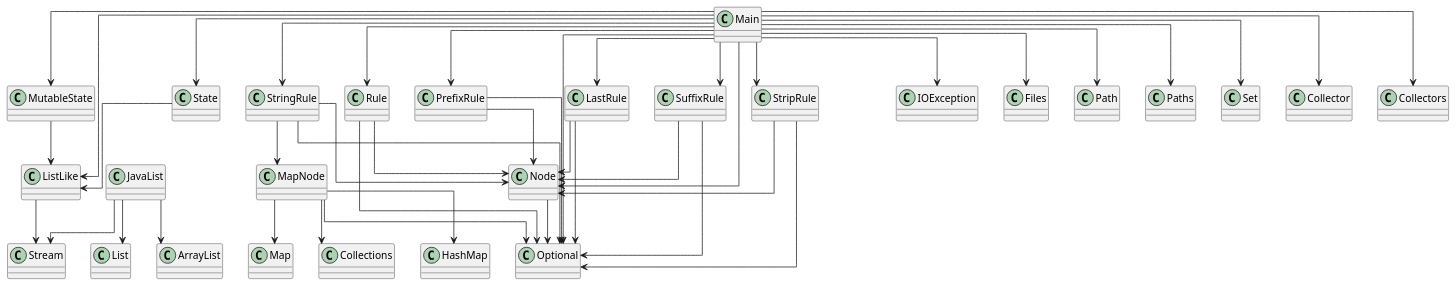
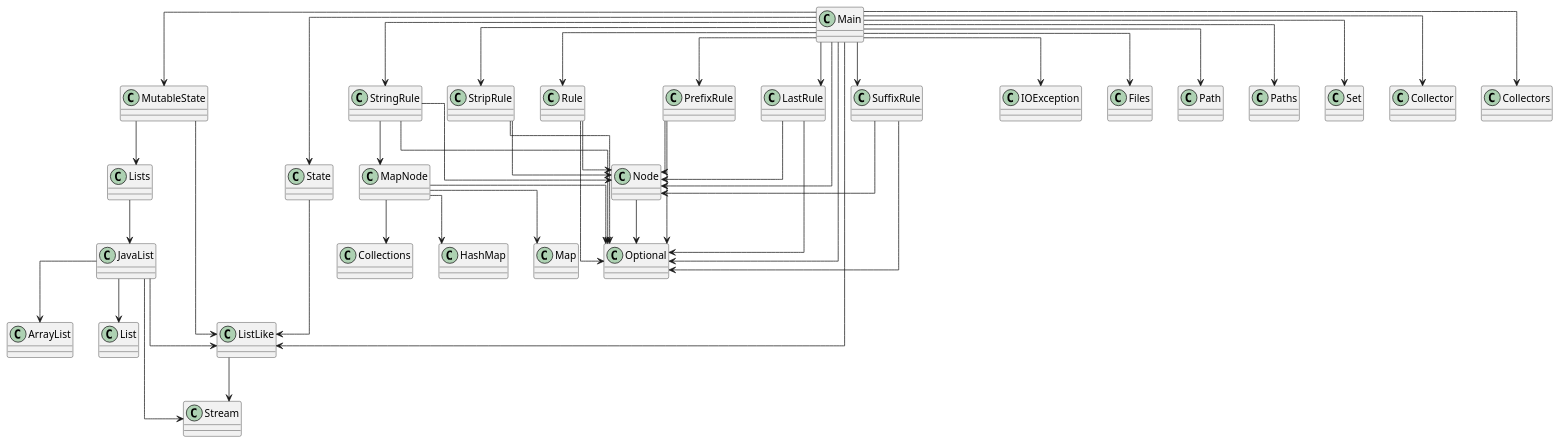
The diagram in diagram.puml (SirMathhman/Magma), drawn with PlantUML before and after one commit. The commit also changed 4 other files, not shown here.

```diff
--- a/diagram.puml
+++ b/diagram.puml
@@ -1,59 +1,63 @@
 @startuml
 skinparam linetype ortho
 class ListLike
 ListLike --> Stream
 class Node
 Node --> Optional
 class StripRule
 StripRule --> Node
 StripRule --> Optional
-class JavaList
-JavaList --> ArrayList
-JavaList --> List
-JavaList --> Stream
 class Rule
 Rule --> Node
 Rule --> Optional
 class StringRule
 StringRule --> MapNode
 StringRule --> Node
 StringRule --> Optional
 class PrefixRule
 PrefixRule --> Node
 PrefixRule --> Optional
 class MutableState
 MutableState --> ListLike
+MutableState --> Lists
+class JavaList
+JavaList --> ListLike
+JavaList --> ArrayList
+JavaList --> List
+JavaList --> Stream
 class Main
 Main --> LastRule
-Main --> ListLike
 Main --> MutableState
 Main --> PrefixRule
 Main --> Rule
 Main --> State
 Main --> StringRule
 Main --> StripRule
 Main --> SuffixRule
+Main --> ListLike
 Main --> Node
 Main --> IOException
 Main --> Files
 Main --> Path
 Main --> Paths
 Main --> Optional
 Main --> Set
 Main --> Collector
 Main --> Collectors
+class Lists
+Lists --> JavaList
 class MapNode
 MapNode --> Collections
 MapNode --> HashMap
 MapNode --> Map
 MapNode --> Optional
 class LastRule
 LastRule --> Node
 LastRule --> Optional
 class SuffixRule
 SuffixRule --> Node
 SuffixRule --> Optional
 class State
 State --> ListLike
 
 @enduml
```
